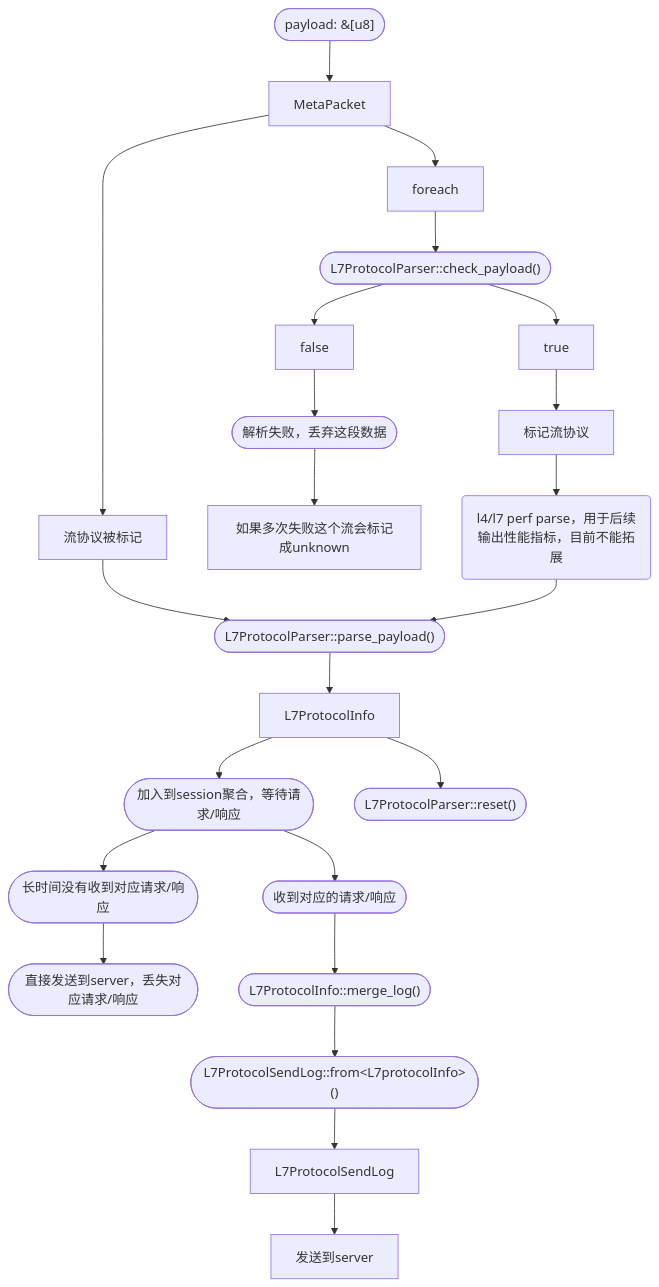
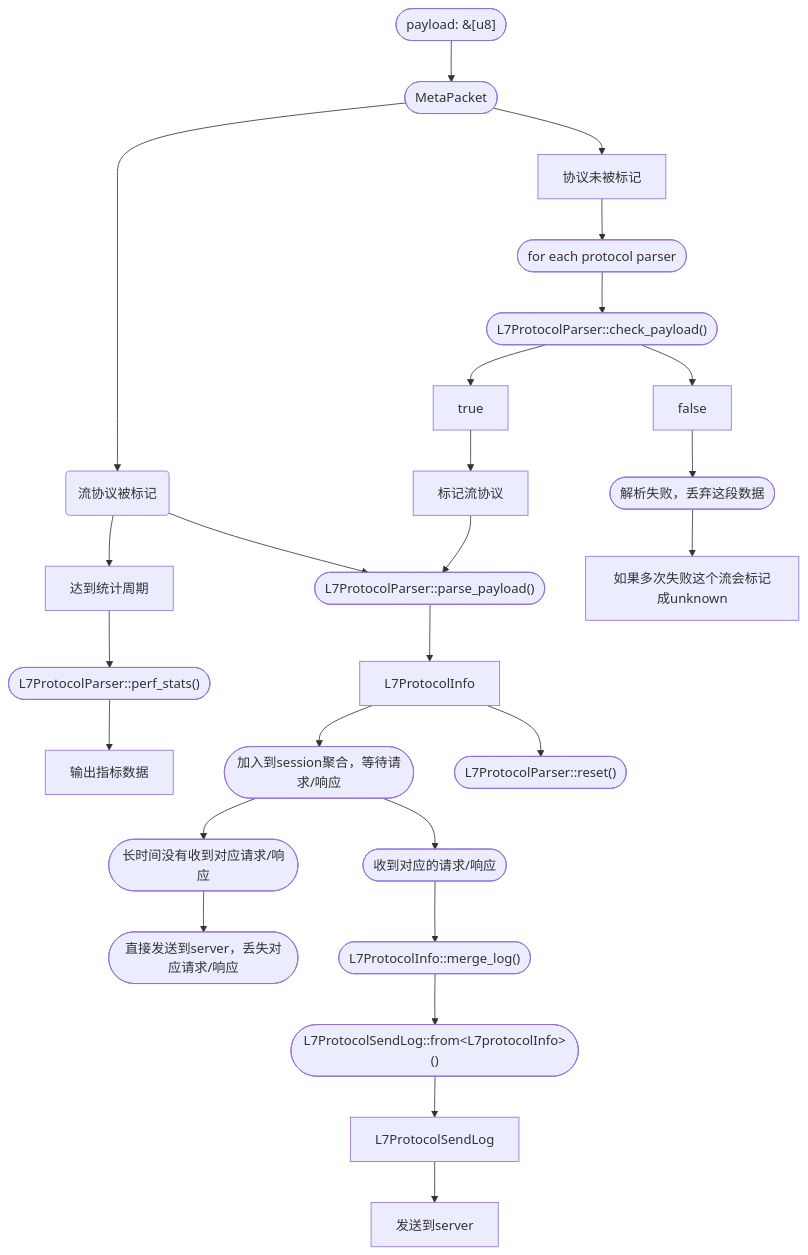
The diagram in docs/HOW_TO_SUPPORT_YOUR_PROTOCOL_CN.MD (deepflowio/deepflow), drawn with Mermaid before and after one commit. The commit also changed other lines of this file and 1 other file, not shown here.

Commit message:
[Doc] update protocol contribute doc

````diff
--- a/docs/HOW_TO_SUPPORT_YOUR_PROTOCOL_CN.MD
+++ b/docs/HOW_TO_SUPPORT_YOUR_PROTOCOL_CN.MD
@@ -15,10 +15,19 @@
 ```mermaid
 graph TB;
-    id1(["payload: &[u8]"])-->MetaPacket-->流协议被标记-->id5;
-    MetaPacket-->foreach-->id2(["L7ProtocolParser::check_payload()"]);
+    id1(["payload: &[u8]"])-->id13-->id15(流协议被标记);
+
+    id15-->达到统计周期-->id16(["L7ProtocolParser::perf_stats()"])-->输出指标数据;
+
+    id15(流协议被标记)-->id5;
+
+    id13(["MetaPacket"])-->协议未被标记-->id17(["for each protocol parser"])-->id2(["L7ProtocolParser::check_payload()"]);
+
     id2-->false-->id3(["解析失败，丢弃这段数据"])-->如果多次失败这个流会标记成unknown;
-    id2-->true-->标记流协议-->id4("l4/l7 perf parse，用于后续输出性能指标，目前不能拓展")-->id5(["L7ProtocolParser::parse_payload()"])-->L7ProtocolInfo-->id6(["加入到session聚合，等待请求/响应"]);
+
+    id2-->true-->标记流协议-->id5(["L7ProtocolParser::parse_payload()"])-->L7ProtocolInfo-->id6(["加入到session聚合，等待请求/响应"]);
+
     L7ProtocolInfo-->id7(["L7ProtocolParser::reset()"]);
     id6-->id8(["长时间没有收到对应请求/响应"])-->id9(["直接发送到server，丢失对应请求/响应"]);
+
     id6-->id10(["收到对应的请求/响应"])-->id11(["L7ProtocolInfo::merge_log()"])-->id12(["L7ProtocolSendLog::from#60;L7protocolInfo#62;()"])-->L7ProtocolSendLog-->发送到server;
 ```
````
